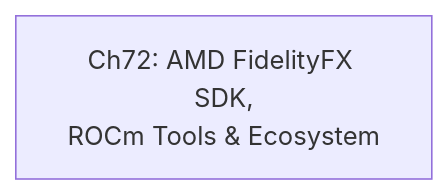
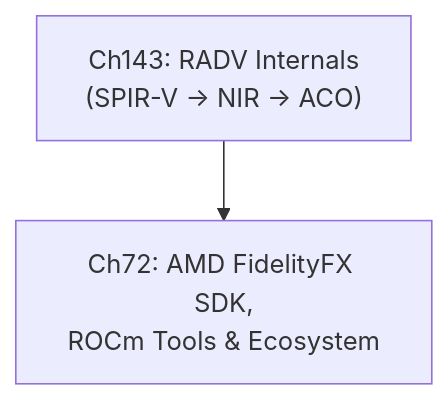
The diagram in chapters/part-17-amd-ecosystem/part-intro.md (jreuben11/linux-graphics-stack-book), drawn with Mermaid before and after one commit. The commit also changed other lines of this file and 10 other files, not shown here.

````diff
--- a/chapters/part-17-amd-ecosystem/part-intro.md
+++ b/chapters/part-17-amd-ecosystem/part-intro.md
@@ -13,4 +17,7 @@
 ```mermaid
 graph TD
-    A["Ch72: AMD FidelityFX SDK,\nROCm Tools & Ecosystem"]
+    A["Ch143: RADV Internals\n(SPIR-V → NIR → ACO)"]
+    B["Ch72: AMD FidelityFX SDK,\nROCm Tools & Ecosystem"]
+
+    A --> B
 ```
````
